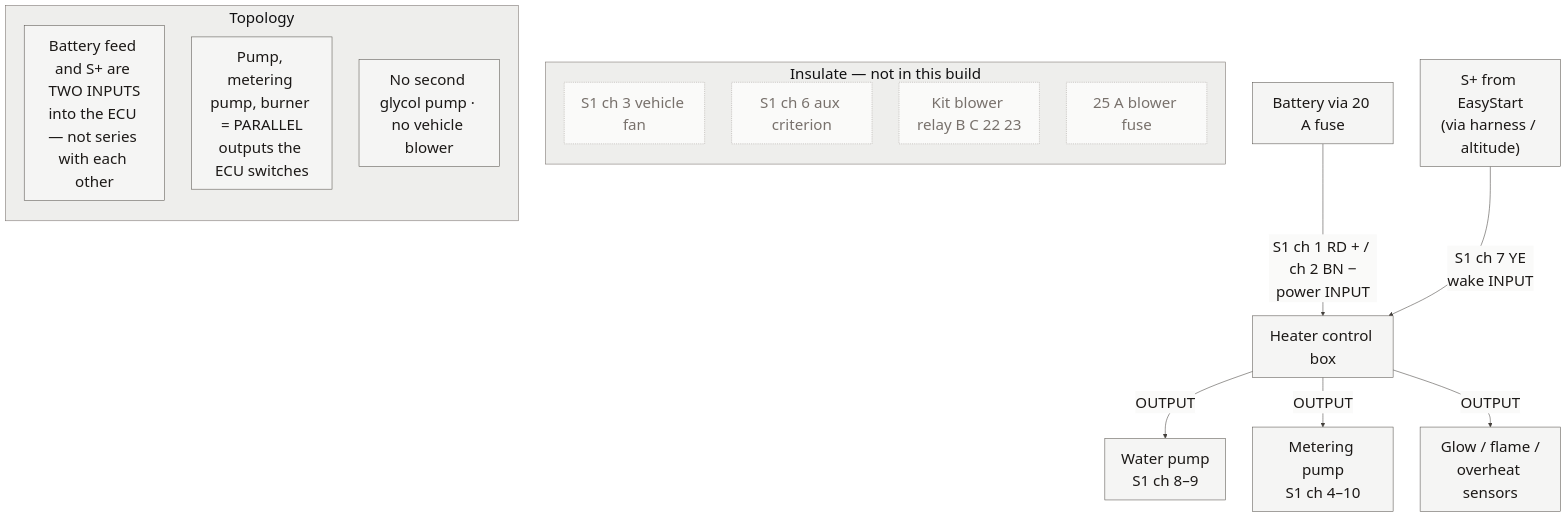
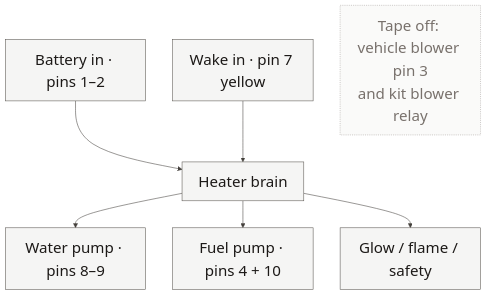
Before and after one commit to benracine/sprinter-heat: the diagram in book/diagrams/electrical-heater.mmd, drawn with Mermaid. The commit also changed 23 other files, not shown here.

```diff
--- a/book/diagrams/electrical-heater.mmd
+++ b/book/diagrams/electrical-heater.mmd
@@ -1,32 +1,16 @@
 %%{init: {'theme':'base','themeVariables': {'background':'#fafaf9','primaryColor':'#f5f5f4','primaryTextColor':'#1c1917','primaryBorderColor':'#57534e','lineColor':'#44403c','secondaryColor':'#e7e5e4','tertiaryColor':'#eeeeec','fontFamily':'Avenir Next, Avenir, Helvetica Neue, sans-serif','fontSize':'28px','textColor':'#1c1917','mainBkg':'#f5f5f4','clusterBkg':'#eeeeec','clusterBorder':'#78716c','edgeLabelBackground':'#fafaf9'}}}%%
 flowchart TB
-  BAT["Battery via 20 A fuse"]
-  SPLUS["S+ from EasyStart<br/>(via harness / altitude)"]
-  ECU["Heater control box"]
-
-  BAT -->|"S1 ch 1 RD + / ch 2 BN −<br/>power INPUT"| ECU
-  SPLUS -->|"S1 ch 7 YE<br/>wake INPUT"| ECU
-
-  ECU -->|"OUTPUT"| P8["Water pump<br/>S1 ch 8–9"]
-  ECU -->|"OUTPUT"| P4["Metering pump<br/>S1 ch 4–10"]
-  ECU -->|"OUTPUT"| IN["Glow / flame /<br/>overheat sensors"]
-
-  subgraph unused["Insulate — not in this build"]
-    direction TB
-    U3["S1 ch 3 vehicle fan"]
-    U6["S1 ch 6 aux criterion"]
-    UB["Kit blower relay B C 22 23"]
-    U25["25 A blower fuse"]
-  end
-
-  subgraph topo["Topology"]
-    direction TB
-    T1["Battery feed and S+ are TWO INPUTS<br/>into the ECU — not series with each other"]
-    T2["Pump, metering pump, burner = PARALLEL<br/>outputs the ECU switches"]
-    T3["No second glycol pump · no vehicle blower"]
-  end
+  PWR["Battery in · pins 1–2"]
+  WAKE["Wake in · pin 7 yellow"]
+  ECU["Heater brain"]
+  PWR --> ECU
+  WAKE --> ECU
+  ECU --> PUMP["Water pump · pins 8–9"]
+  ECU --> FUEL["Fuel pump · pins 4 + 10"]
+  ECU --> BURN["Glow / flame / safety"]
+  X["Tape off: vehicle blower pin 3<br/>and kit blower relay"]
 
   classDef solid fill:#f5f5f4,stroke:#57534e,stroke-width:1px,color:#1c1917;
   classDef skip fill:#fafaf9,stroke:#a8a29e,stroke-width:1px,stroke-dasharray:2 2,color:#78716c;
-  class BAT,SPLUS,ECU,P8,P4,IN solid;
-  class U3,U6,UB,U25 skip;
+  class PWR,WAKE,ECU,PUMP,FUEL,BURN solid;
+  class X skip;
```
